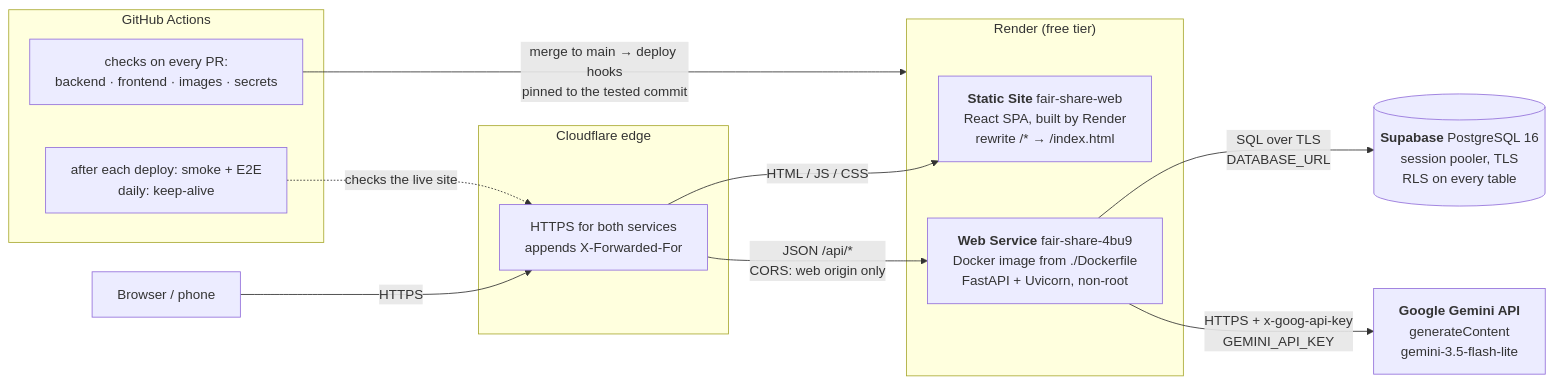
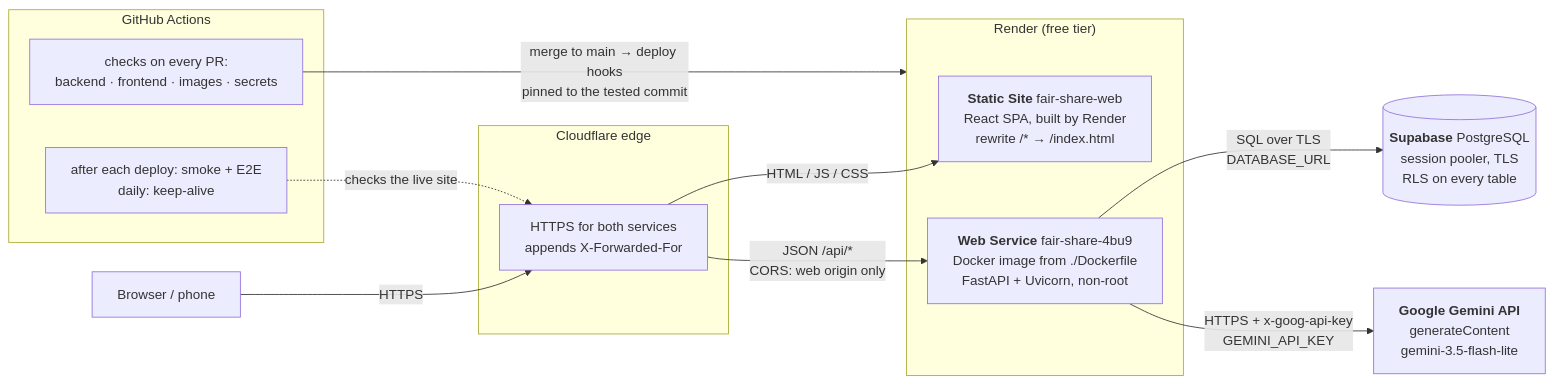
Before and after one commit to NeitLN/Fair-Share: the diagram in docs/diagrams/architecture.mmd, drawn with Mermaid. The commit also changed 3 other files, not shown here.

First line of the commit message:
docs(diagrams): do not state a Supabase version we have not checked

```diff
--- a/docs/diagrams/architecture.mmd
+++ b/docs/diagrams/architecture.mmd
@@ -1,29 +1,29 @@
 %%{init: {"flowchart": {"wrappingWidth": 320}}}%%
 %% Fair-Share in production. Checked against the live services on 22/10/2026 (see docs/diagrams/README.md).
 flowchart LR
     U["Browser / phone"]
 
     subgraph CF["Cloudflare edge"]
         EDGE["HTTPS for both services<br/>appends X-Forwarded-For"]
     end
 
     subgraph Render["Render (free tier)"]
         WEB["<b>Static Site</b> fair-share-web<br/>React SPA, built by Render<br/>rewrite /* → /index.html"]
         API["<b>Web Service</b> fair-share-4bu9<br/>Docker image from ./Dockerfile<br/>FastAPI + Uvicorn, non-root"]
     end
 
-    DB[("<b>Supabase</b> PostgreSQL 16<br/>session pooler, TLS<br/>RLS on every table")]
+    DB[("<b>Supabase</b> PostgreSQL<br/>session pooler, TLS<br/>RLS on every table")]
     AI["<b>Google Gemini API</b><br/>generateContent<br/>gemini-3.5-flash-lite"]
 
     subgraph GH["GitHub Actions"]
         CI["checks on every PR:<br/>backend · frontend · images · secrets"]
         POST["after each deploy: smoke + E2E<br/>daily: keep-alive"]
     end
 
     U -- "HTTPS" --> EDGE
     EDGE -- "HTML / JS / CSS" --> WEB
     EDGE -- "JSON /api/*<br/>CORS: web origin only" --> API
     API -- "SQL over TLS<br/>DATABASE_URL" --> DB
     API -- "HTTPS + x-goog-api-key<br/>GEMINI_API_KEY" --> AI
     CI -- "merge to main → deploy hooks<br/>pinned to the tested commit" --> Render
     POST -. "checks the live site" .-> EDGE
```
